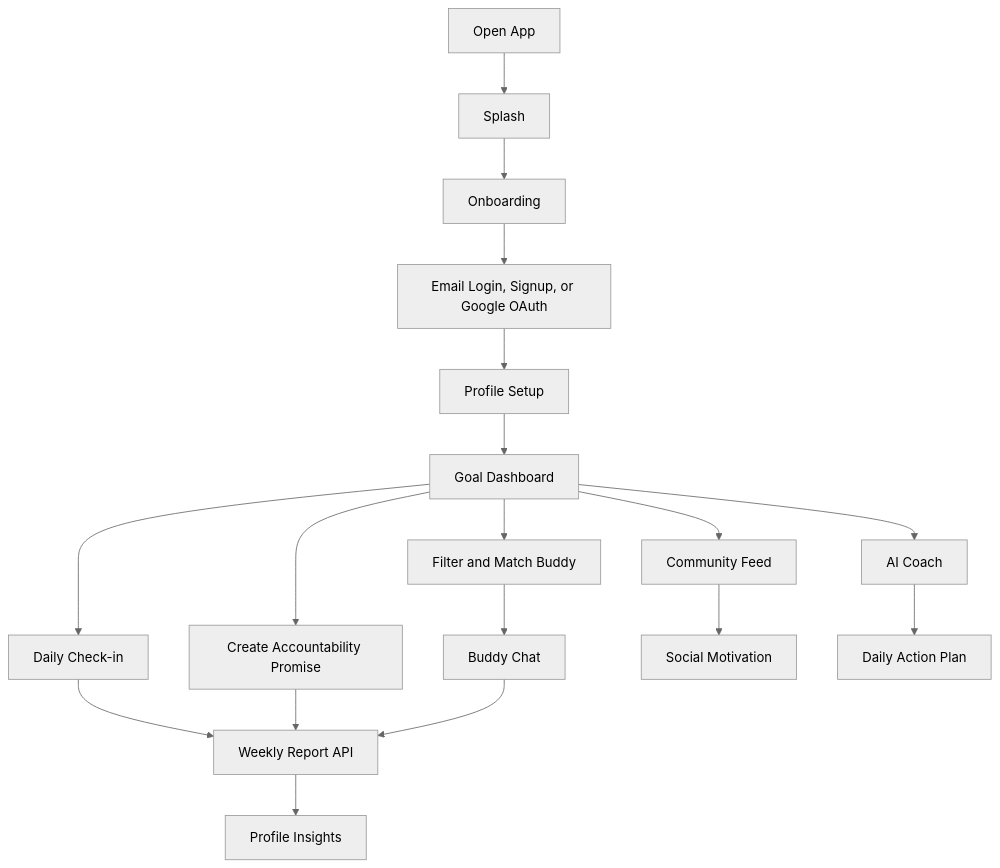
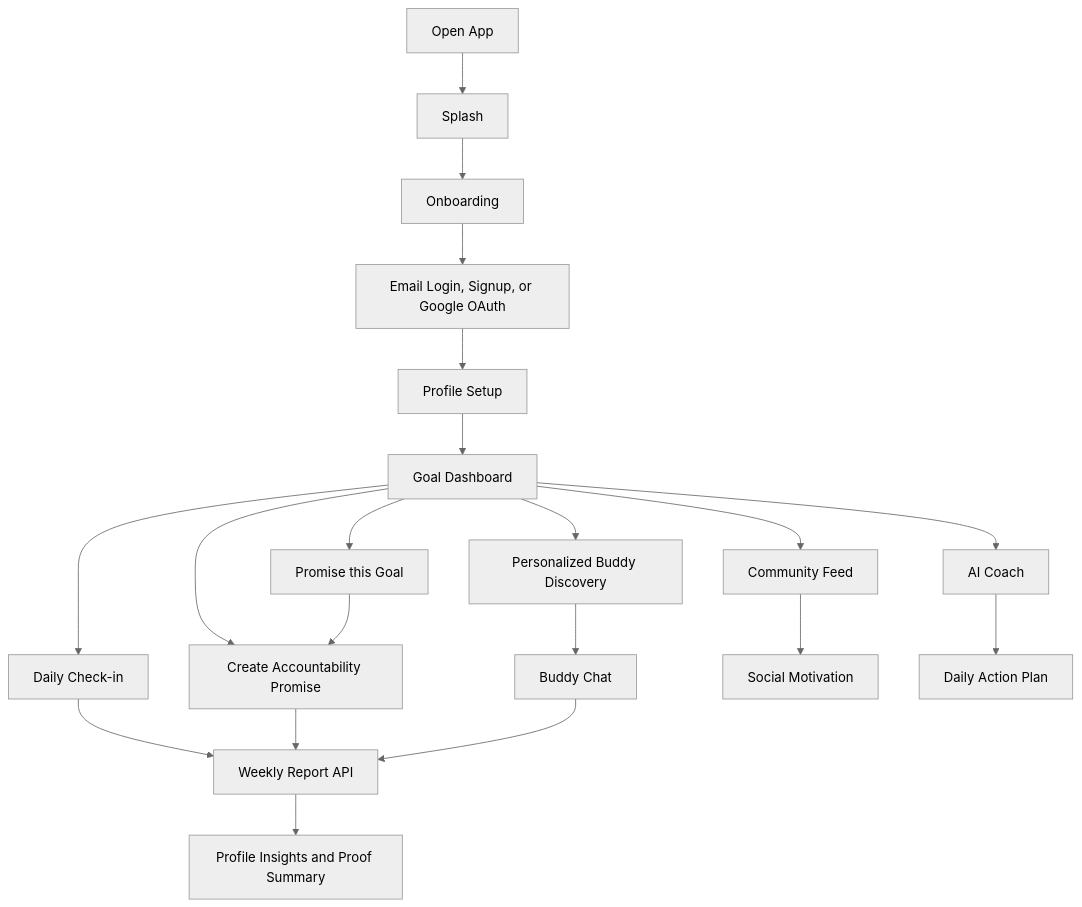
The third of 5 diagrams in README.md (AsadullahBajwa/buddyUp), drawn with Mermaid (neutral theme) before and after one commit. The commit also changed other lines of this file and 1 other file, not shown here.

Commit message:
Document recommendation and proof insights

````diff
--- a/README.md
+++ b/README.md
@@ -193,20 +193,22 @@
 ```mermaid
 flowchart TD
   Start["Open App"] --> Splash["Splash"]
   Splash --> Onboarding["Onboarding"]
   Onboarding --> Auth["Email Login, Signup, or Google OAuth"]
   Auth --> ProfileSetup["Profile Setup"]
   ProfileSetup --> Goals["Goal Dashboard"]
   Goals --> Promise["Create Accountability Promise"]
-  Goals --> Discover["Filter and Match Buddy"]
+  Goals --> PromiseShortcut["Promise this Goal"]
+  PromiseShortcut --> Promise
+  Goals --> Discover["Personalized Buddy Discovery"]
   Goals --> CheckIn["Daily Check-in"]
   Goals --> Coach["AI Coach"]
   Goals --> Community["Community Feed"]
   Discover --> Chat["Buddy Chat"]
   CheckIn --> Weekly["Weekly Report API"]
   Promise --> Weekly
   Chat --> Weekly
-  Weekly --> Profile["Profile Insights"]
+  Weekly --> Profile["Profile Insights and Proof Summary"]
   Community --> Motivation["Social Motivation"]
   Coach --> Plan["Daily Action Plan"]
 ```
````
